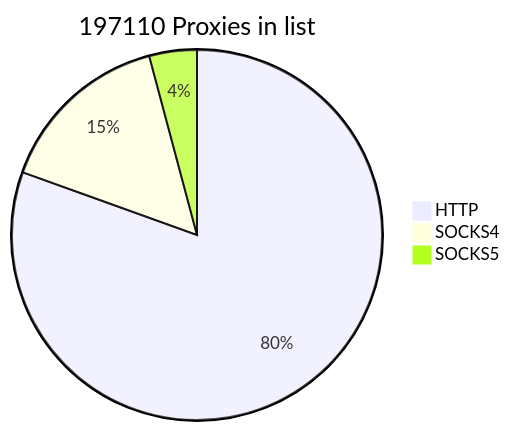
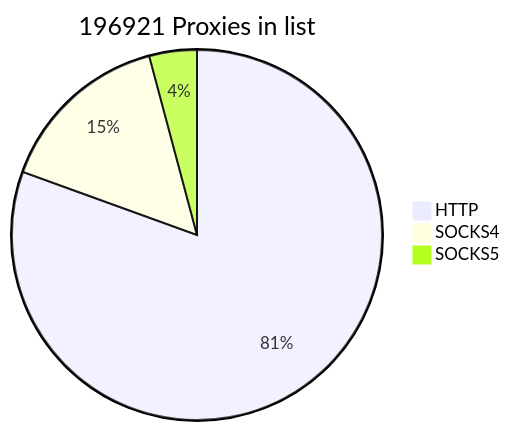
One commit to cutipu/proxylist changed the first of 2 diagrams in README.md. Above: the diagram before and after it, drawn with Mermaid. The commit also changed other lines of this file, not shown here.

````diff
--- a/README.md
+++ b/README.md
@@ -2,7 +2,7 @@
 ```mermaid
-pie title 197110 Proxies in list
-    "HTTP" : 158666
-    "SOCKS4" : 30256
-    "SOCKS5" : 8188
+pie title 196921 Proxies in list
+    "HTTP" : 158584
+    "SOCKS4" : 30158
+    "SOCKS5" : 8179
             
 ```
````
